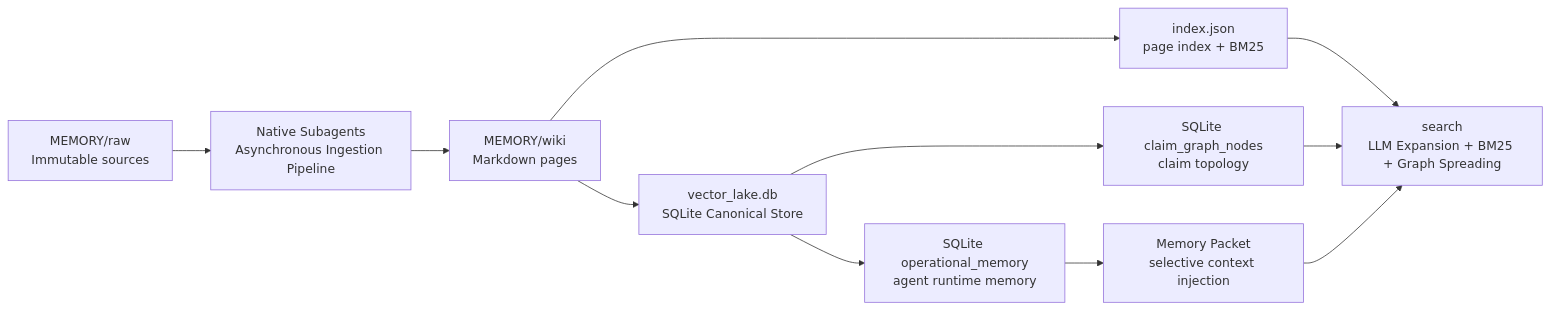
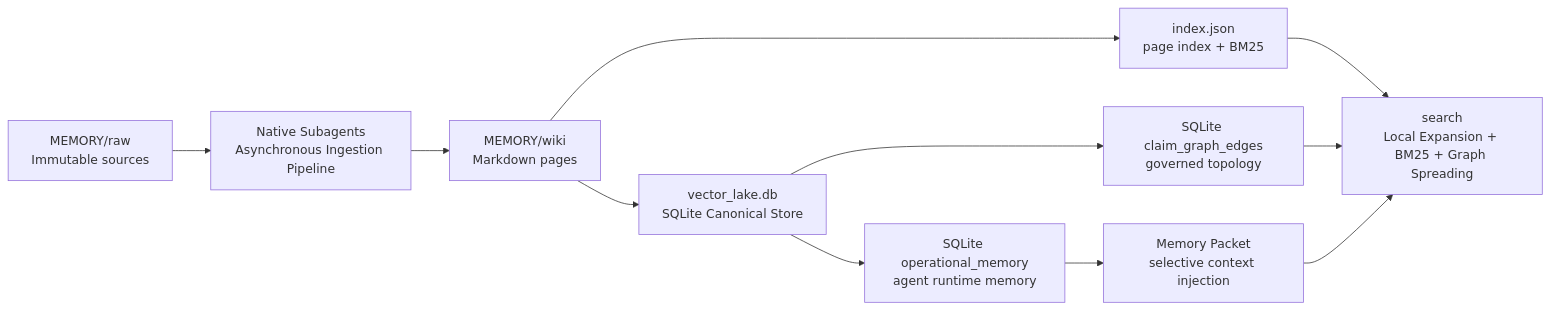
Before and after one commit to shawnshi/vector-lake: the diagram in README.md, drawn with Mermaid. The commit also changed other lines of this file and 74 other files, not shown here.

````diff
--- a/README.md
+++ b/README.md
@@ -17,13 +17,13 @@
 ```mermaid
 graph LR
     RAW["MEMORY/raw<br>Immutable sources"] --> INGEST["Native Subagents<br>Asynchronous Ingestion Pipeline"]
     INGEST --> WIKI["MEMORY/wiki<br>Markdown pages"]
     WIKI --> INDEX["index.json<br>page index + BM25"]
     WIKI --> META["vector_lake.db<br>SQLite Canonical Store"]
-    META --> CLAIM["SQLite claim_graph_nodes<br>claim topology"]
+    META --> CLAIM["SQLite claim_graph_edges<br>governed topology"]
     META --> MEMORY["SQLite operational_memory<br>agent runtime memory"]
     MEMORY --> PACKET["Memory Packet<br>selective context injection"]
-    INDEX --> QUERY["search<br>LLM Expansion + BM25 + Graph Spreading"]
+    INDEX --> QUERY["search<br>Local Expansion + BM25 + Graph Spreading"]
     CLAIM --> QUERY
     PACKET --> QUERY
 ```
````
